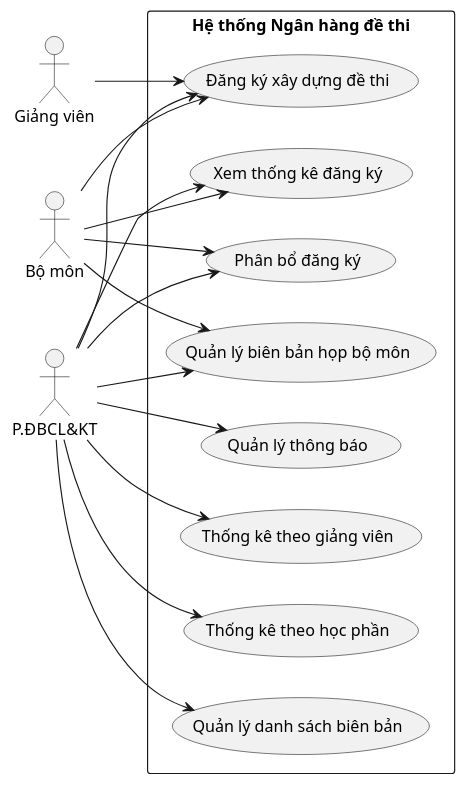
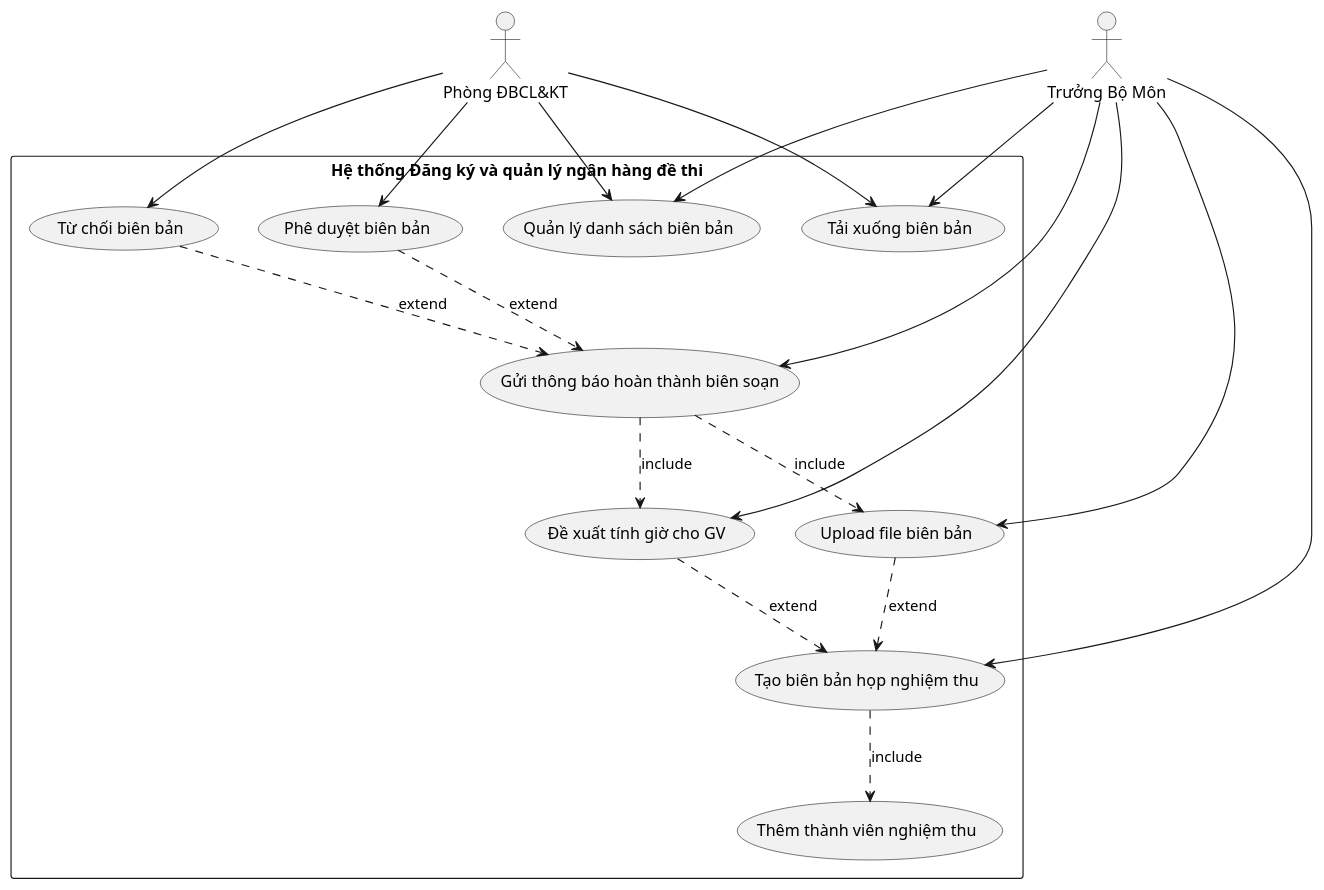
The diagram in uml_code/nghiem-thu-ngan-hang.plantuml (Tuyet213/exam_bank), drawn with PlantUML before and after one commit. The commit also changed 4 other files, not shown here.

Commit message:
Refactor UML diagrams: removed outdated 'nghiem-thu-ngan-hang copy.plantuml' and updated 'nghiem-thu-ngan-hang.plantuml' to reflect new use cases and actors for the exam question bank management system.

```diff
--- a/uml_code/nghiem-thu-ngan-hang.plantuml
+++ b/uml_code/nghiem-thu-ngan-hang.plantuml
@@ -1,34 +1,36 @@
-@startuml "Ngân hàng đề thi - Use case diagram"
-left to right direction
+@startuml
+actor "Trưởng Bộ Môn" as TBM
+actor "Phòng ĐBCL&KT" as DBCLKT
 
-actor "Giảng viên" as Teacher
-actor "Bộ môn" as Department
-actor "P.ĐBCL&KT" as QualityOffice
-
-rectangle "Hệ thống Ngân hàng đề thi" {
-  usecase "Đăng ký xây dựng đề thi" as UC1
-  usecase "Phân bổ đăng ký" as UC2
-  usecase "Quản lý biên bản họp bộ môn" as UC3
-  usecase "Xem thống kê đăng ký" as UC4
-  usecase "Quản lý thông báo" as UC5
-  usecase "Thống kê theo giảng viên" as UC6
-  usecase "Thống kê theo học phần" as UC7
-  usecase "Quản lý danh sách biên bản" as UC8
+rectangle "Hệ thống Đăng ký và quản lý ngân hàng đề thi" {
+  usecase "Tạo biên bản họp nghiệm thu" as UC1
+  usecase "Quản lý danh sách biên bản" as UC2
+  usecase "Thêm thành viên nghiệm thu" as UC3
+  usecase "Upload file biên bản" as UC4
+  usecase "Đề xuất tính giờ cho GV" as UC5
+  usecase "Gửi thông báo hoàn thành biên soạn" as UC6
+  usecase "Phê duyệt biên bản" as UC7
+  usecase "Từ chối biên bản" as UC8
+  usecase "Tải xuống biên bản" as UC9
 }
 
-Teacher --> UC1
-Department --> UC1
-Department --> UC2
-Department --> UC3
-Department --> UC4
-QualityOffice --> UC2
-QualityOffice --> UC4
-QualityOffice --> UC5
-QualityOffice --> UC6
-QualityOffice --> UC7
-QualityOffice --> UC8
+TBM --> UC1
+TBM --> UC2
+TBM --> UC4
+TBM --> UC5
+TBM --> UC6
+TBM --> UC9
 
-UC1 <-- QualityOffice
-UC3 <-- QualityOffice
+DBCLKT --> UC2
+DBCLKT --> UC7
+DBCLKT --> UC8
+DBCLKT --> UC9
 
+UC1 ..> UC3 : include
+UC6 ..> UC4 : include
+UC6 ..> UC5 : include
+UC7 ..> UC6 : extend
+UC8 ..> UC6 : extend
+UC4 ..> UC1 : extend
+UC5 ..> UC1 : extend
 @enduml
```
